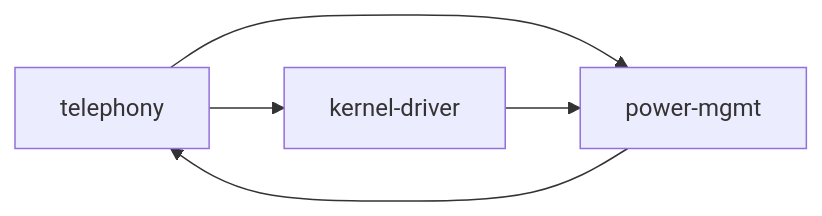
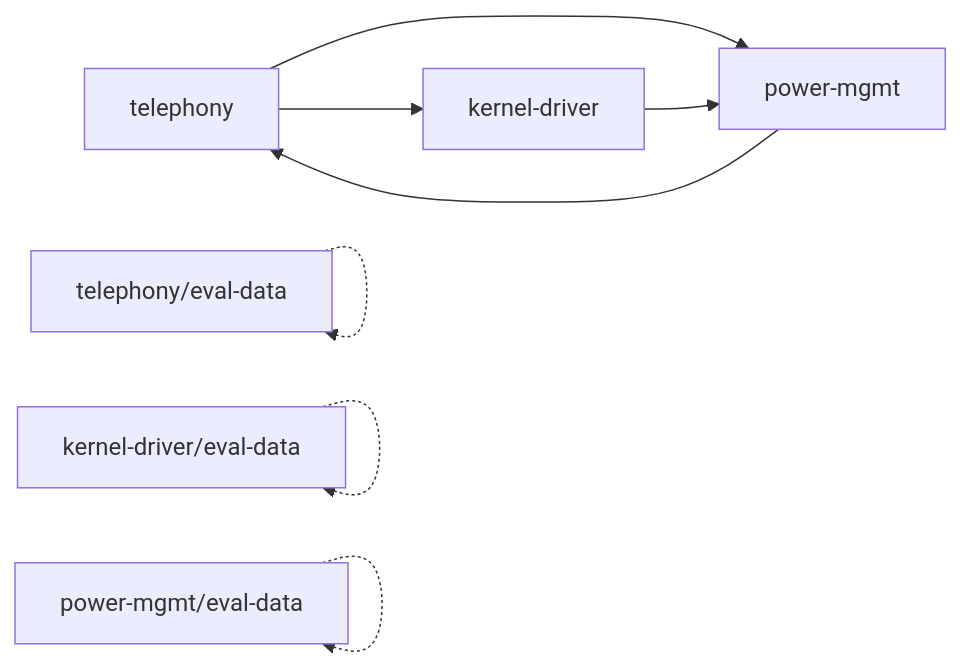
The sixth of 6 diagrams in .qoder/repowiki/zh/content/约束驱动系统/约束驱动系统.md (afcartevil/automated-test-script), drawn with Mermaid before and after one commit. The commit also changed other lines of this file and 12 other files, not shown here.

````diff
--- a/.qoder/repowiki/zh/content/约束驱动系统/约束驱动系统.md
+++ b/.qoder/repowiki/zh/content/约束驱动系统/约束驱动系统.md
@@ -304,7 +370,10 @@
 ```mermaid
 graph LR
 T["telephony"] --> K["kernel-driver"]
 T --> P["power-mgmt"]
 K --> P
 P --> T
+EDT["telephony/eval-data"] -.-> EDT
+EDK["kernel-driver/eval-data"] -.-> EDK
+EDP["power-mgmt/eval-data"] -.-> EDP
 ```
````
